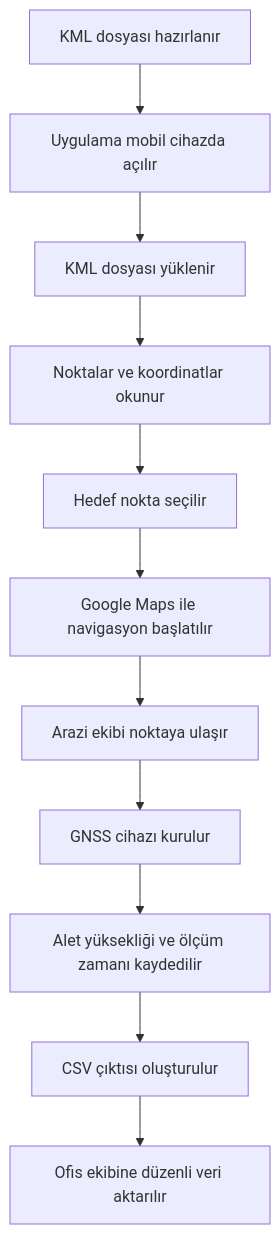
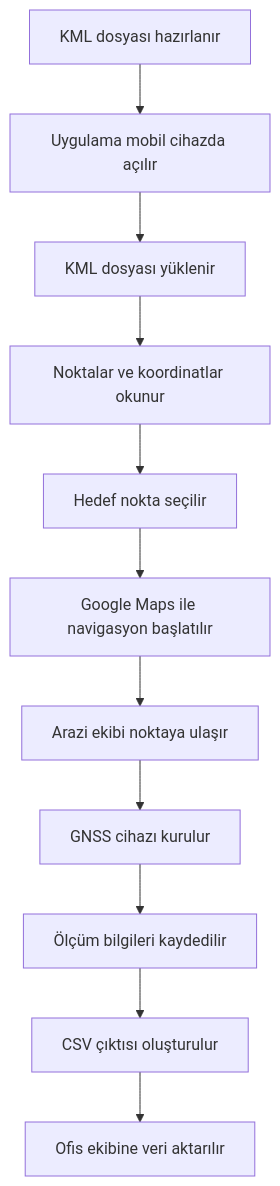
One commit to enesvta/KML-NAVIGATOR changed the diagram in README.md. Above: the diagram before and after it, drawn with Mermaid. The commit also changed other lines of this file, not shown here.

````diff
--- a/README.md
+++ b/README.md
@@ -58,13 +61,13 @@
 ```mermaid
 flowchart TD
     A[KML dosyası hazırlanır] --> B[Uygulama mobil cihazda açılır]
     B --> C[KML dosyası yüklenir]
     C --> D[Noktalar ve koordinatlar okunur]
     D --> E[Hedef nokta seçilir]
     E --> F[Google Maps ile navigasyon başlatılır]
     F --> G[Arazi ekibi noktaya ulaşır]
     G --> H[GNSS cihazı kurulur]
-    H --> I[Alet yüksekliği ve ölçüm zamanı kaydedilir]
+    H --> I[Ölçüm bilgileri kaydedilir]
     I --> J[CSV çıktısı oluşturulur]
-    J --> K[Ofis ekibine düzenli veri aktarılır]
+    J --> K[Ofis ekibine veri aktarılır]
 ```
````
